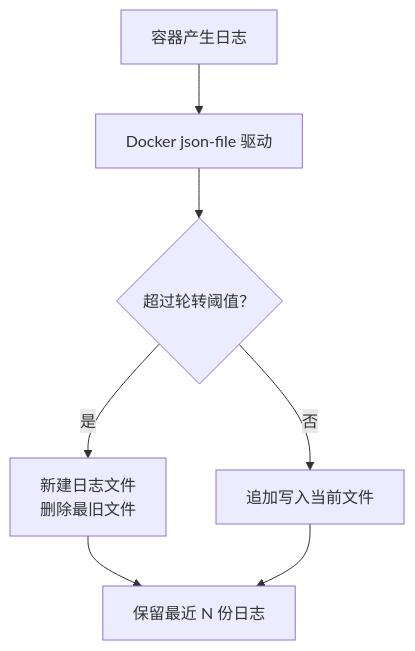
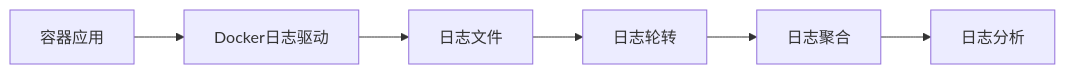
Before and after one commit to Will0253/zczk: the third of 7 diagrams in .qoder/repowiki/zh/content/部署和运维/监控运维/监控运维.md, drawn with Mermaid. The commit also changed other lines of this file and 13 other files, not shown here.

````diff
--- a/.qoder/repowiki/zh/content/部署和运维/监控运维/监控运维.md
+++ b/.qoder/repowiki/zh/content/部署和运维/监控运维/监控运维.md
@@ -155,9 +214,8 @@
 ```mermaid
-flowchart TD
-A["容器产生日志"] --> B["Docker json-file 驱动"]
-B --> C{"超过轮转阈值？"}
-C --> |是| D["新建日志文件<br/>删除最旧文件"]
-C --> |否| E["追加写入当前文件"]
-D --> F["保留最近 N 份日志"]
-E --> F
+graph LR
+A["容器应用"] --> B["Docker日志驱动"]
+B --> C["日志文件"]
+C --> D["日志轮转"]
+D --> E["日志聚合"]
+E --> F["日志分析"]
 ```
````
